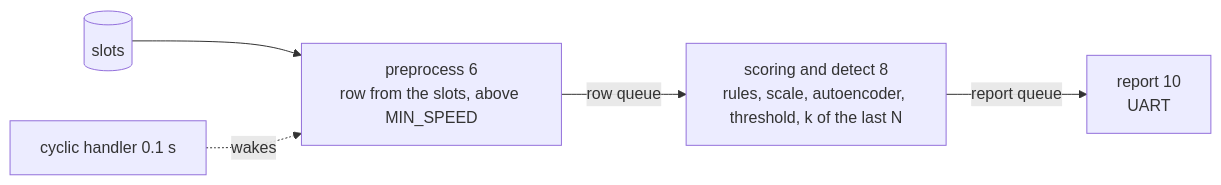
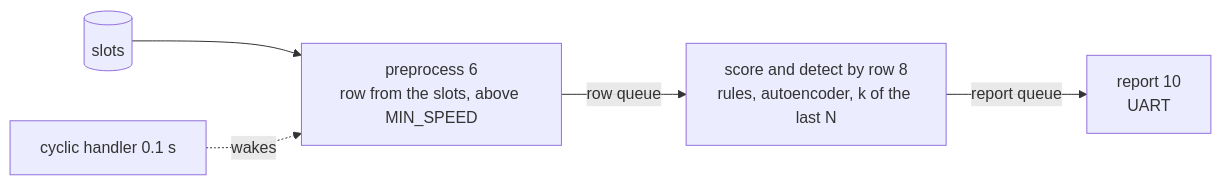
The diagram in board/lib/ai_can_anomaly_detection_tasks/README.md (asana17/ai_can_anomaly_detection), drawn with Mermaid before and after one commit. The commit also changed 6 other files, not shown here.

Commit message:
refactor(board): rename scoring and detect to score and detect by row

````diff
--- a/board/lib/ai_can_anomaly_detection_tasks/README.md
+++ b/board/lib/ai_can_anomaly_detection_tasks/README.md
@@ -6,7 +6,7 @@
 ```mermaid
 flowchart LR
     slots[(slots)] --> pre["preprocess 6<br/>row from the slots, above MIN_SPEED"]
     tick[cyclic handler 0.1 s] -. wakes .-> pre
-    pre -- row queue --> sd["scoring and detect 8<br/>rules, scale, autoencoder, threshold, k of the last N"]
+    pre -- row queue --> sd["score and detect by row 8<br/>rules, autoencoder, k of the last N"]
     sd -- report queue --> report["report 10<br/>UART"]
 ```
````
